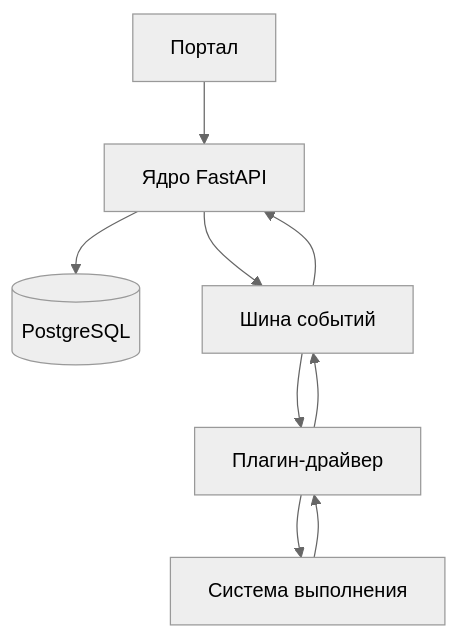
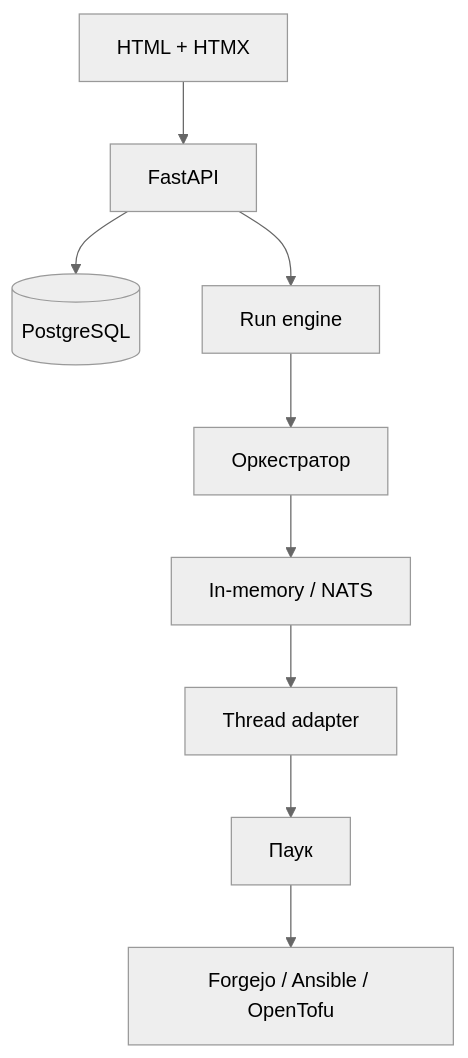
The diagram in docs/ru/architecture/overview.md (Aetton/arachne), drawn with Mermaid (neutral theme) before and after one commit. The commit also changed other lines of this file and 36 other files, not shown here.

````diff
--- a/docs/ru/architecture/overview.md
+++ b/docs/ru/architecture/overview.md
@@ -5,11 +7,11 @@
 ```mermaid
 flowchart TD
-    UI[Портал] --> API[Ядро FastAPI]
+    UI["HTML + HTMX"] --> API["FastAPI"]
     API --> DB[(PostgreSQL)]
-    API --> Bus[Шина событий]
-    Bus --> Driver[Плагин-драйвер]
-    Driver --> Backend[Система выполнения]
-    Backend --> Driver
-    Driver --> Bus
-    Bus --> API
+    API --> Engine["Run engine"]
+    Engine --> Core["Оркестратор"]
+    Core --> Bus["In-memory / NATS"]
+    Bus --> Adapter["Thread adapter"]
+    Adapter --> Spider["Паук"]
+    Spider --> Backend["Forgejo / Ansible / OpenTofu"]
 ```
````
